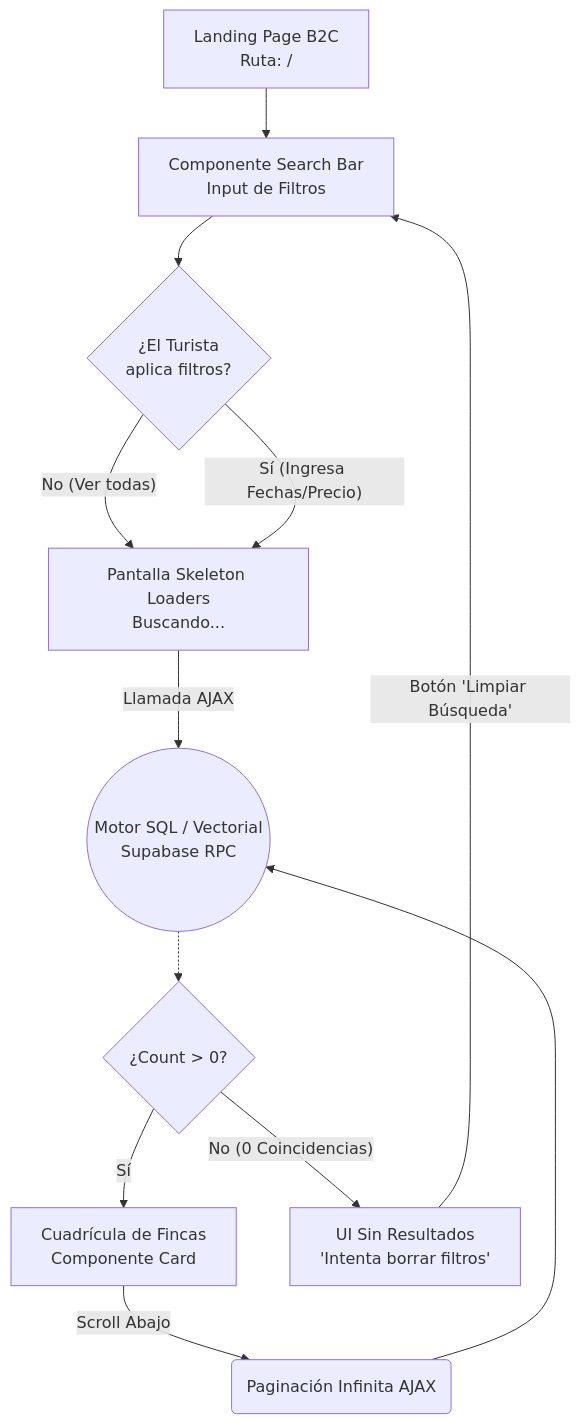
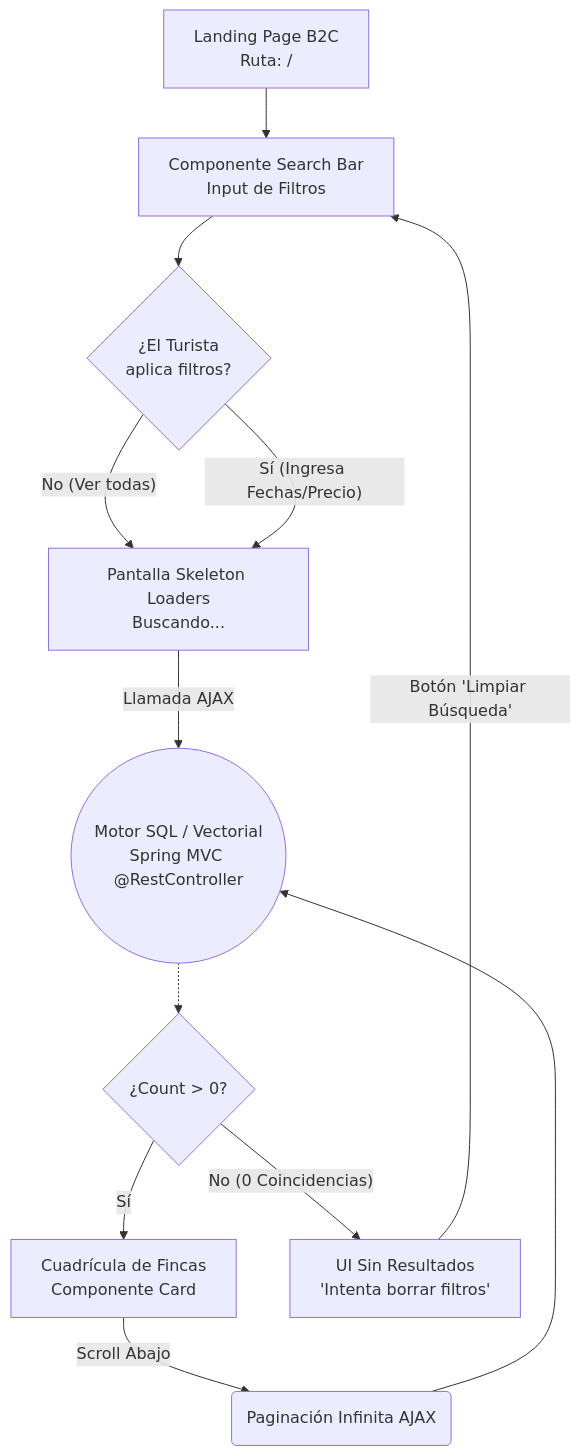
One commit to camilolayos54-dotcom/NosFuimosdeFinca changed the diagram in docs/04-system-modeling/02.User_Flows_Task_Flows/modules/MOD-SRCH_flows.md. Above: the diagram before and after it, drawn with Mermaid. The commit also changed 38 other files, not shown here.

````diff
--- a/docs/04-system-modeling/02.User_Flows_Task_Flows/modules/MOD-SRCH_flows.md
+++ b/docs/04-system-modeling/02.User_Flows_Task_Flows/modules/MOD-SRCH_flows.md
@@ -33,36 +33,36 @@
 ```mermaid
 flowchart TD
     %% Nodos UI
     HomeUI[Landing Page B2C<br>Ruta: /]
     SearchBarUI[Componente Search Bar<br>Input de Filtros]
     LoadingUI[Pantalla Skeleton Loaders<br>Buscando...]
     ResultsGridUI[Cuadrícula de Fincas<br>Componente Card]
     EmptyStateUI[UI Sin Resultados<br>'Intenta borrar filtros']
     
     %% Nodos Asíncronos
-    SearchEngine((Motor SQL / Vectorial<br>Supabase RPC))
+    SearchEngine((Motor SQL / Vectorial<br>Spring MVC @RestController))
     
     %% Decisiones
     FilterCheck{¿El Turista<br>aplica filtros?}
     ResultCheck{¿Count > 0?}
 
     %% Flujo de Búsqueda
     HomeUI --> SearchBarUI
     SearchBarUI --> FilterCheck
     
     %% Búsqueda Default vs Parametrizada
     FilterCheck -- No (Ver todas) --> LoadingUI
     FilterCheck -- Sí (Ingresa Fechas/Precio) --> LoadingUI
     
     LoadingUI --> |Llamada AJAX| SearchEngine
     SearchEngine -.-> ResultCheck
     
     %% Unhappy Path (No hay fincas)
     ResultCheck -- No (0 Coincidencias) --> EmptyStateUI
     EmptyStateUI --> |Botón 'Limpiar Búsqueda'| SearchBarUI
     
     %% Happy Path (Resultados y Scroll)
     ResultCheck -- Sí --> ResultsGridUI
     ResultsGridUI --> |Scroll Abajo| InfiniteScroll(Paginación Infinita AJAX)
     InfiniteScroll --> SearchEngine
 ```
````
